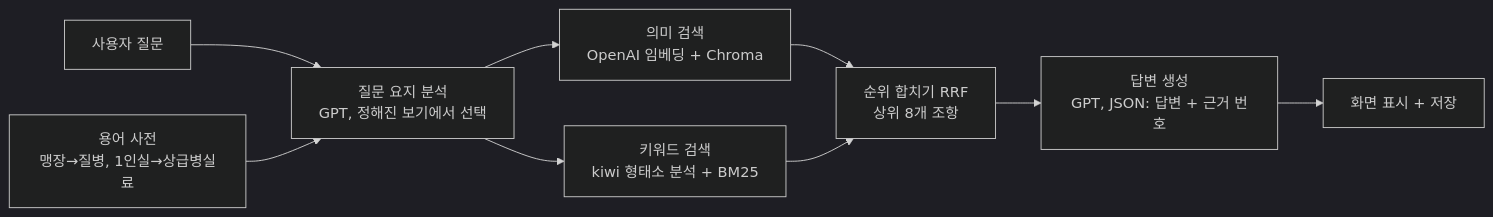
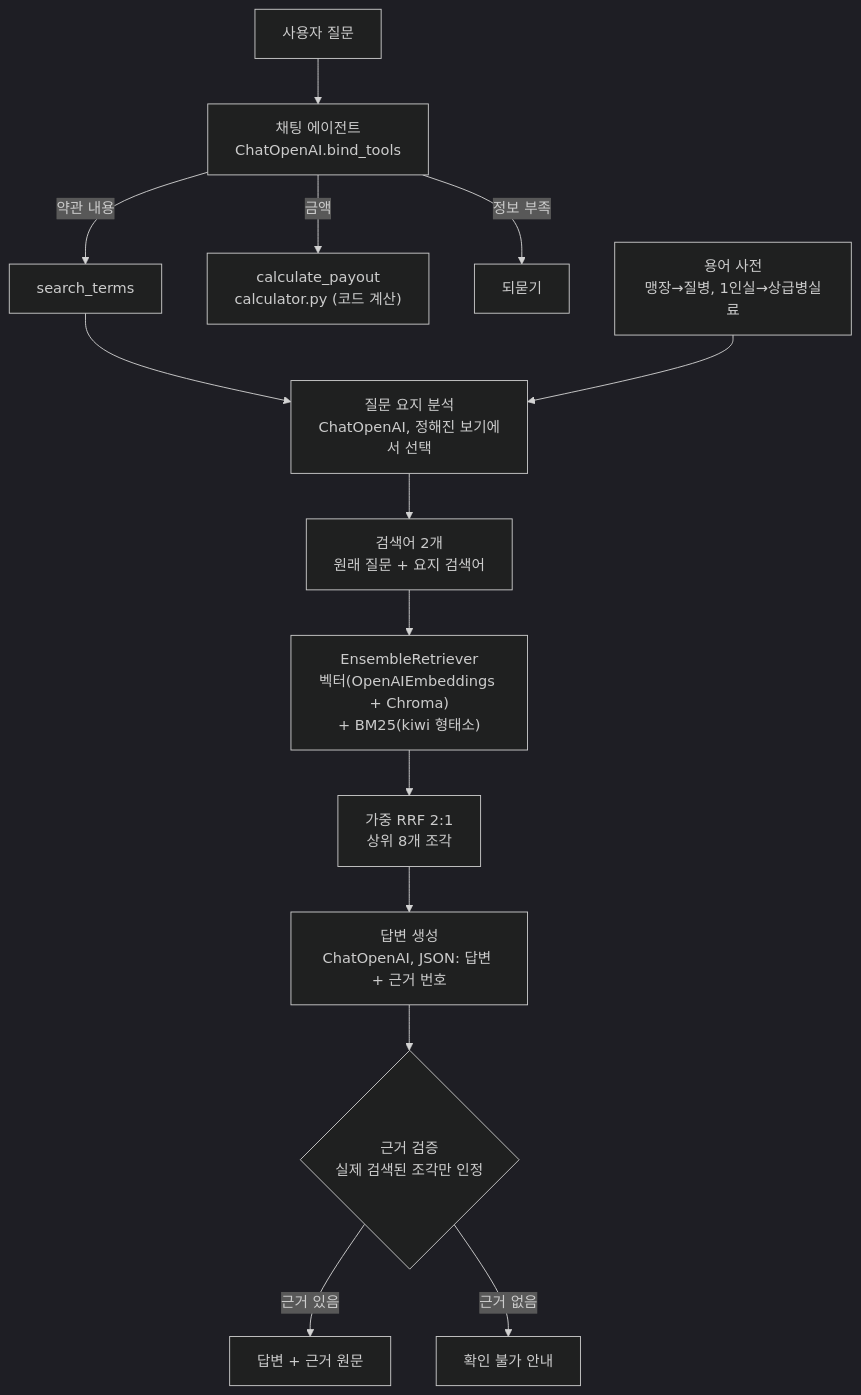
Before and after one commit to gpdbs9409/boheom-mate: the diagram in README.md, drawn with Mermaid (dark theme). The commit also changed other lines of this file and 15 other files, not shown here.

First line of the commit message:
LangChain 전환: EnsembleRetriever 하이브리드 검색, ChatOpenAI·bind_tools·OpenAIEmbeddings (E7~E9)

````diff
--- a/README.md
+++ b/README.md
@@ -45,11 +49,17 @@
 ```mermaid
-flowchart LR
-    Q[사용자 질문] --> A[질문 요지 분석<br/>GPT, 정해진 보기에서 선택]
-    G[용어 사전<br/>맹장→질병, 1인실→상급병실료] --> A
-    A --> V[의미 검색<br/>OpenAI 임베딩 + Chroma]
-    A --> K[키워드 검색<br/>kiwi 형태소 분석 + BM25]
-    V --> R[순위 합치기 RRF<br/>상위 8개 조항]
-    K --> R
-    R --> L[답변 생성<br/>GPT, JSON: 답변 + 근거 번호]
-    L --> S[화면 표시 + 저장]
+flowchart TD
+    Q[사용자 질문] --> AG["채팅 에이전트<br/>ChatOpenAI.bind_tools"]
+    AG -->|약관 내용| S[search_terms]
+    AG -->|금액| C["calculate_payout<br/>calculator.py (코드 계산)"]
+    AG -->|정보 부족| ASK[되묻기]
+
+    S --> AN["질문 요지 분석<br/>ChatOpenAI, 정해진 보기에서 선택"]
+    G["용어 사전<br/>맹장→질병, 1인실→상급병실료"] --> AN
+    AN --> QS["검색어 2개<br/>원래 질문 + 요지 검색어"]
+    QS --> E["EnsembleRetriever<br/>벡터(OpenAIEmbeddings + Chroma)<br/>+ BM25(kiwi 형태소)"]
+    E --> R["가중 RRF 2:1<br/>상위 8개 조각"]
+    R --> L["답변 생성<br/>ChatOpenAI, JSON: 답변 + 근거 번호"]
+    L --> V{"근거 검증<br/>실제 검색된 조각만 인정"}
+    V -->|근거 있음| OUT[답변 + 근거 원문]
+    V -->|근거 없음| NF[확인 불가 안내]
 ```
````
